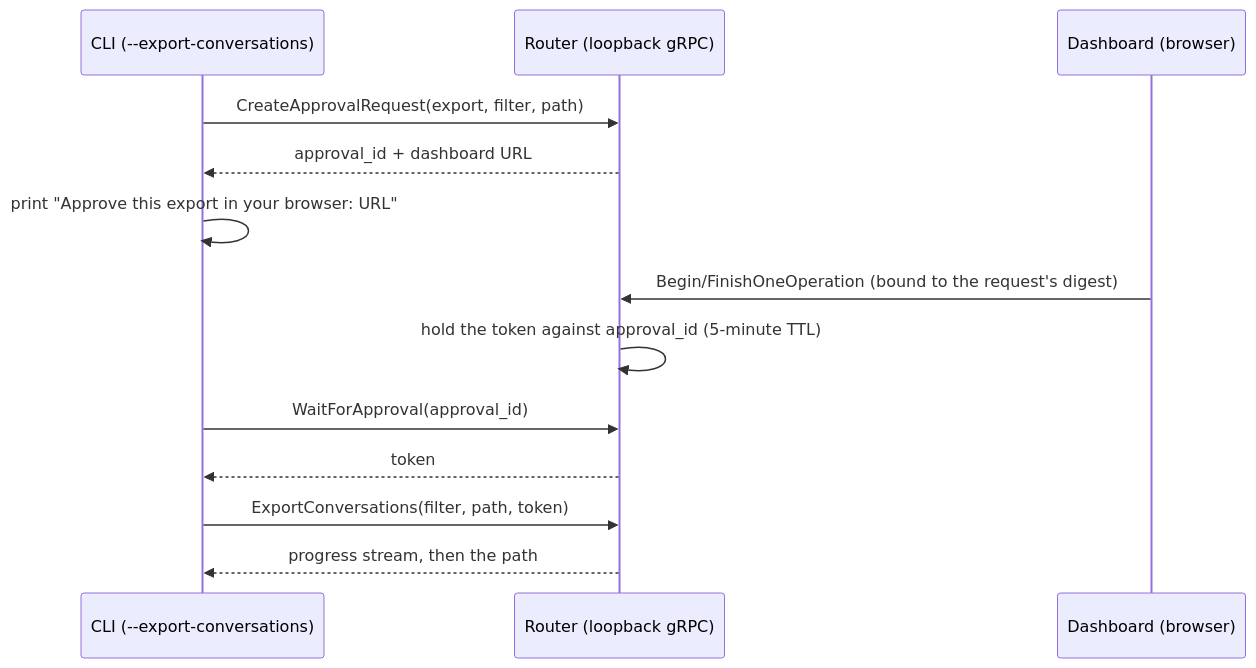
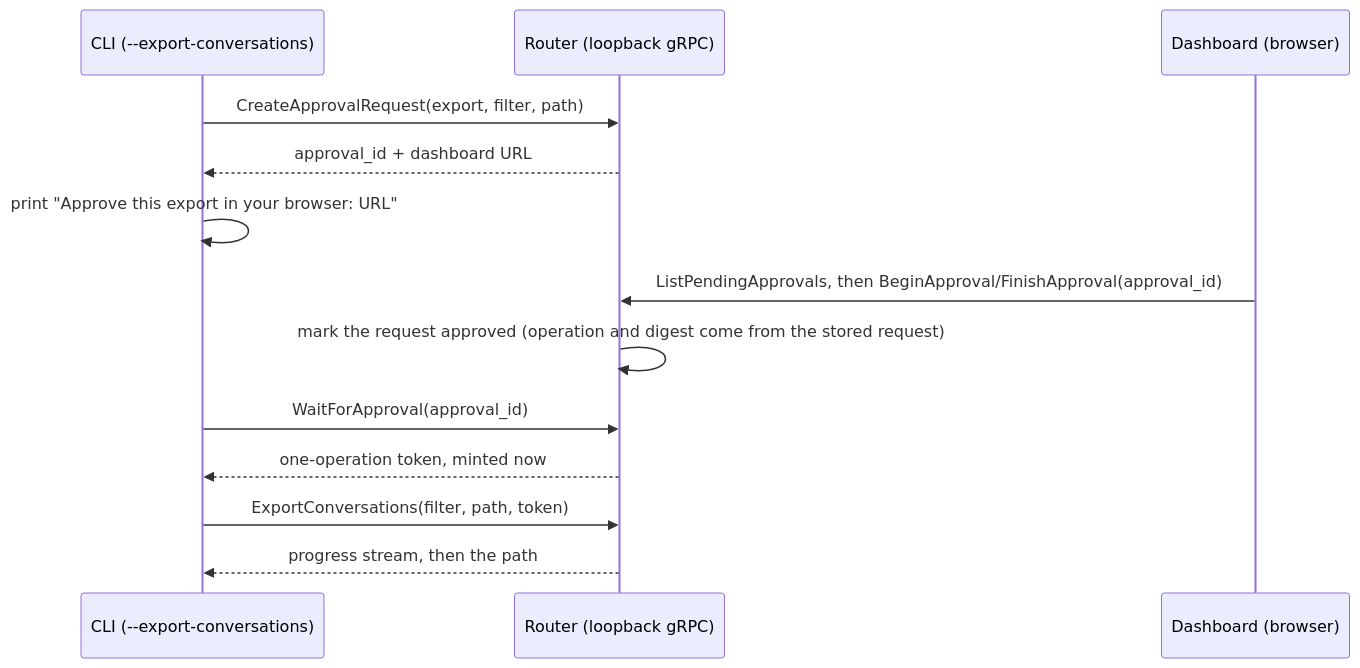
Before and after one commit to davidpizon/TotallyHot-ArcRouter: the second of 2 diagrams in docs/plans/issue-165-phase3-export.md, drawn with Mermaid. The commit also changed other lines of this file, not shown here.

````diff
--- a/docs/plans/issue-165-phase3-export.md
+++ b/docs/plans/issue-165-phase3-export.md
@@ -80,15 +81,15 @@
 ```mermaid
 sequenceDiagram
     participant CLI as CLI (--export-conversations)
     participant R as Router (loopback gRPC)
     participant D as Dashboard (browser)
     CLI->>R: CreateApprovalRequest(export, filter, path)
     R-->>CLI: approval_id + dashboard URL
     CLI->>CLI: print "Approve this export in your browser: URL"
-    D->>R: Begin/FinishOneOperation (bound to the request's digest)
-    R->>R: hold the token against approval_id (5-minute TTL)
+    D->>R: ListPendingApprovals, then BeginApproval/FinishApproval(approval_id)
+    R->>R: mark the request approved (operation and digest come from the stored request)
     CLI->>R: WaitForApproval(approval_id)
-    R-->>CLI: token
+    R-->>CLI: one-operation token, minted now
     CLI->>R: ExportConversations(filter, path, token)
     R-->>CLI: progress stream, then the path
 ```
````
